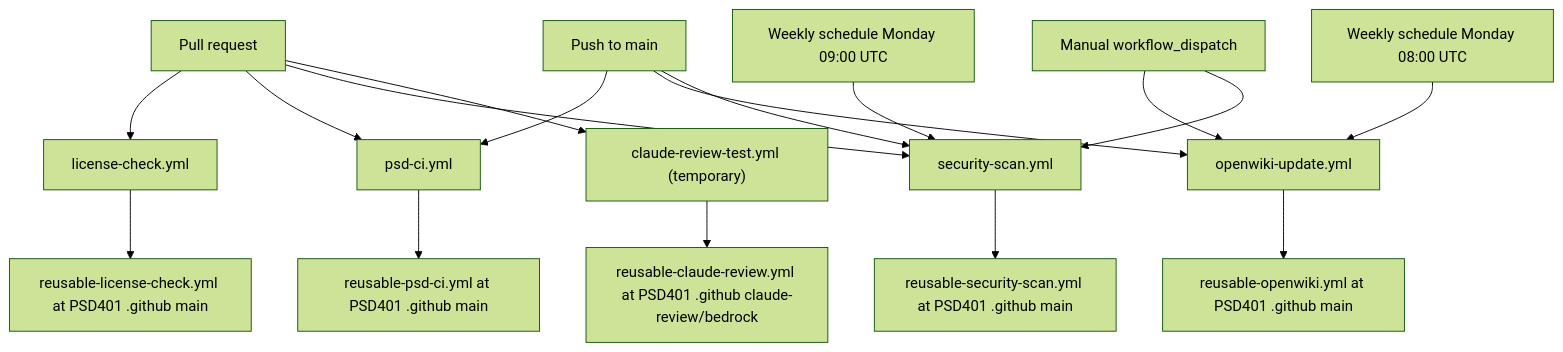
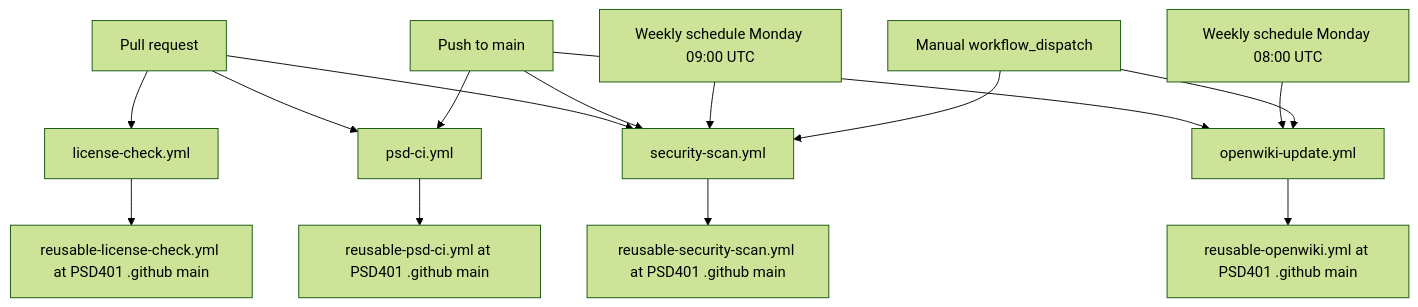
The diagram in openwiki/delivery/ci-workflows.md (psd401/psd-standards-canary), drawn with Mermaid (forest theme) before and after one commit. The commit also changed other lines of this file and 6 other files, not shown here.

````diff
--- a/openwiki/delivery/ci-workflows.md
+++ b/openwiki/delivery/ci-workflows.md
@@ -21,19 +21,17 @@
 ```mermaid
 flowchart TD
   PR["Pull request"] --> LC["license-check.yml"]
   PR --> CI["psd-ci.yml"]
   PR --> SS["security-scan.yml"]
-  PR --> CR["claude-review-test.yml (temporary)"]
   PUSH["Push to main"] --> CI
   PUSH --> OW["openwiki-update.yml"]
   PUSH --> SS
   CRON["Weekly schedule Monday 08:00 UTC"] --> OW
   SCAN["Weekly schedule Monday 09:00 UTC"] --> SS
   MANUAL["Manual workflow_dispatch"] --> OW
   MANUAL --> SS
   CI --> RCI["reusable-psd-ci.yml at PSD401 .github main"]
   LC --> RLC["reusable-license-check.yml at PSD401 .github main"]
   OW --> ROW["reusable-openwiki.yml at PSD401 .github main"]
   SS --> RSS["reusable-security-scan.yml at PSD401 .github main"]
-  CR --> RCR["reusable-claude-review.yml at PSD401 .github claude-review/bedrock"]
 ```
````
